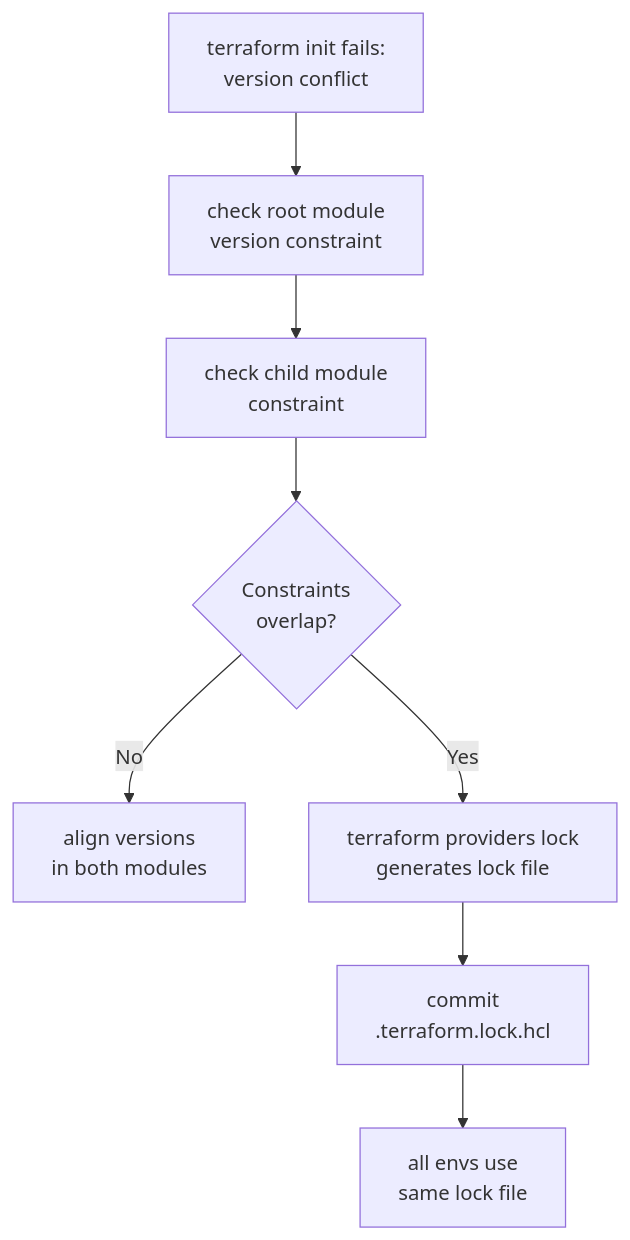
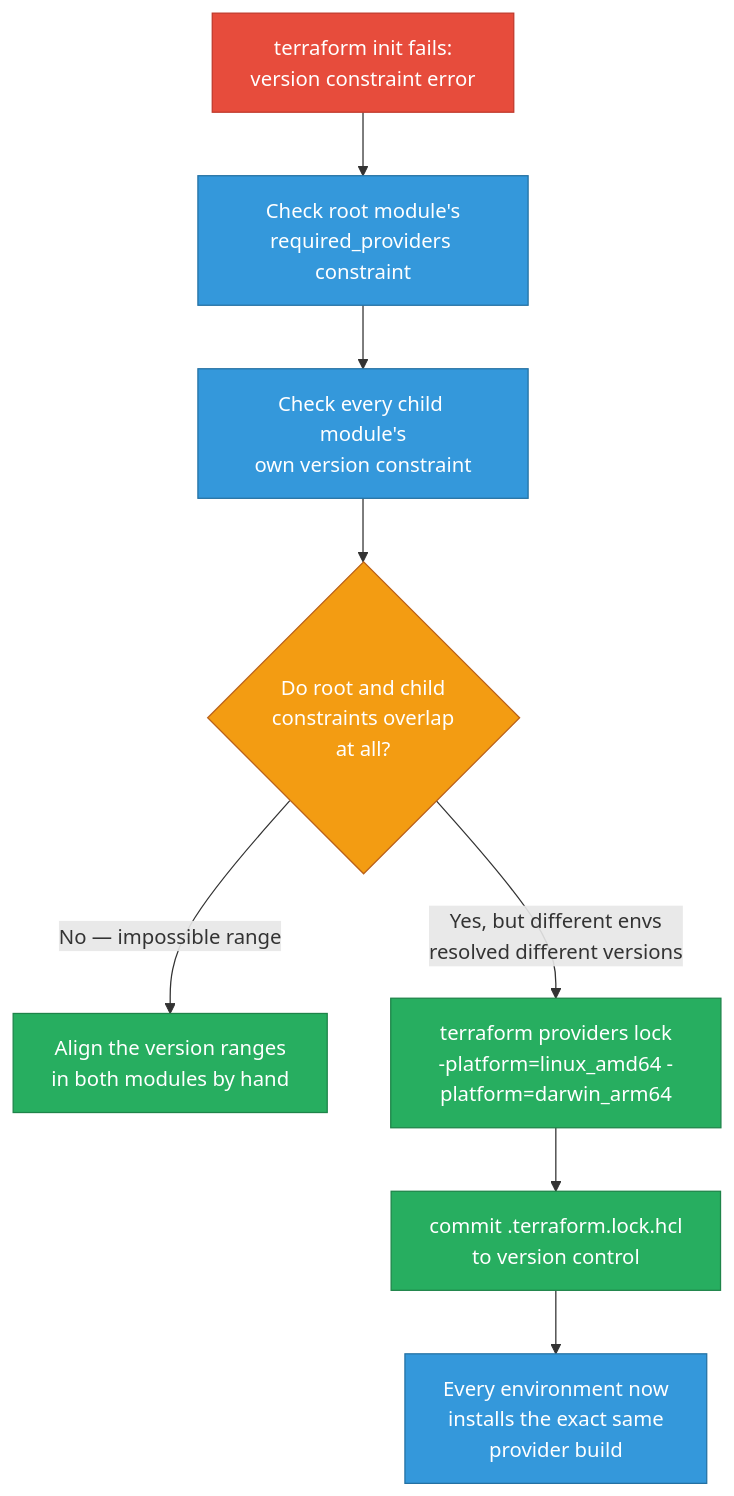
Before and after one commit to deepanshu-rawat6/DevOpsIndex: the fifth of 8 diagrams in sre/iac-scenarios.md, drawn with Mermaid. The commit also changed other lines of this file and 10 other files, not shown here.

````diff
--- a/sre/iac-scenarios.md
+++ b/sre/iac-scenarios.md
@@ -155,10 +254,16 @@
 ```mermaid
 flowchart TD
-    A[terraform init fails:<br/>version conflict] --> B[check root module<br/>version constraint]
-    B --> C[check child module<br/>constraint]
-    C --> D{Constraints<br/>overlap?}
-    D -- No --> E[align versions<br/>in both modules]
-    D -- Yes --> F[terraform providers lock<br/>generates lock file]
-    F --> G[commit<br/>.terraform.lock.hcl]
-    G --> H[all envs use<br/>same lock file]
+    classDef err fill:#e74c3c,stroke:#c0392b,color:#fff
+    classDef decision fill:#f39c12,stroke:#ba6018,color:#fff
+    classDef fix fill:#27ae60,stroke:#1e8449,color:#fff
+    classDef verify fill:#3498db,stroke:#2471a3,color:#fff
+
+    INIT["terraform init fails:<br/>version constraint error"]:::err --> ROOT["Check root module's<br/>required_providers constraint"]:::verify
+    ROOT --> CHILD["Check every child module's<br/>own version constraint"]:::verify
+    CHILD --> OVERLAP{"Do root and child<br/>constraints overlap<br/>at all?"}:::decision
+
+    OVERLAP -->|"No — impossible range"| ALIGN["Align the version ranges<br/>in both modules by hand"]:::fix
+    OVERLAP -->|"Yes, but different envs<br/>resolved different versions"| LOCK["terraform providers lock<br/>-platform=linux_amd64 -platform=darwin_arm64"]:::fix
+    LOCK --> COMMIT["commit .terraform.lock.hcl<br/>to version control"]:::fix
+    COMMIT --> SAME["Every environment now<br/>installs the exact same<br/>provider build"]:::verify
 ```
````
